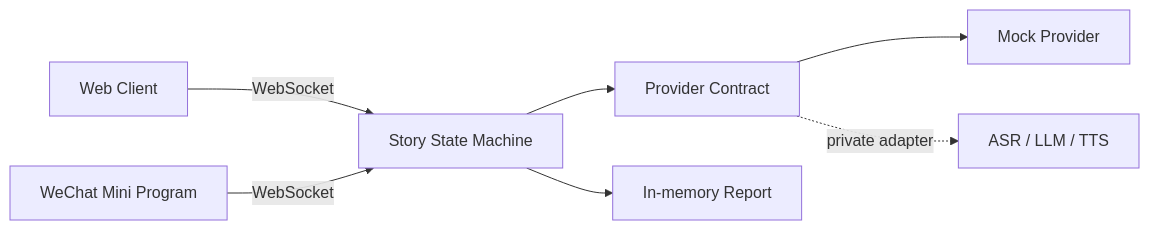
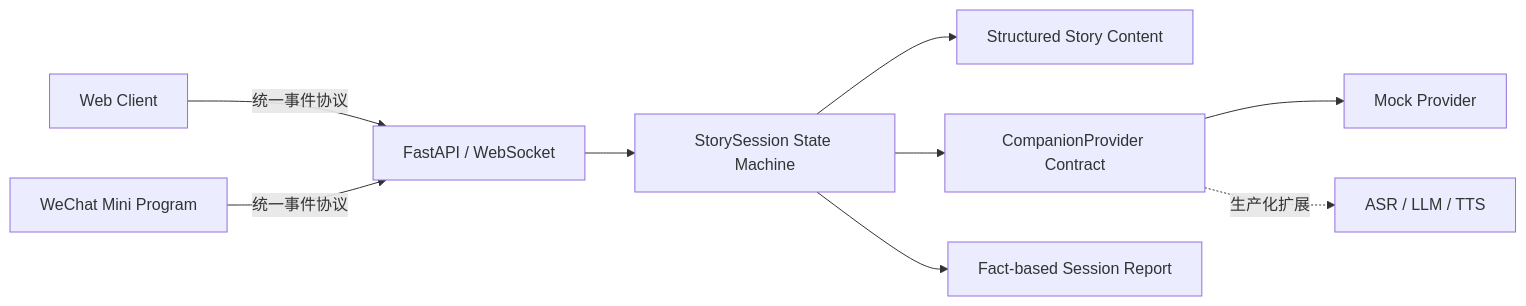
The diagram in README.md (et79lee-cell/storypal-ai-reading-companion), drawn with Mermaid before and after one commit. The commit also changed other lines of this file and 4 other files, not shown here.

Commit message:
docs: detail StoryPal product and architecture

````diff
--- a/README.md
+++ b/README.md
@@ -60,9 +80,11 @@
 ```mermaid
 flowchart LR
-  W[Web Client] -->|WebSocket| E[Story State Machine]
-  M[WeChat Mini Program] -->|WebSocket| E
-  E --> P[Provider Contract]
+  W[Web Client] -->|统一事件协议| G[FastAPI / WebSocket]
+  M[WeChat Mini Program] -->|统一事件协议| G
+  G --> E[StorySession State Machine]
+  E --> C[Structured Story Content]
+  E --> P[CompanionProvider Contract]
   P --> K[Mock Provider]
-  P -. private adapter .-> A[ASR / LLM / TTS]
-  E --> R[In-memory Report]
+  P -. 生产化扩展 .-> A[ASR / LLM / TTS]
+  E --> R[Fact-based Session Report]
 ```
````
